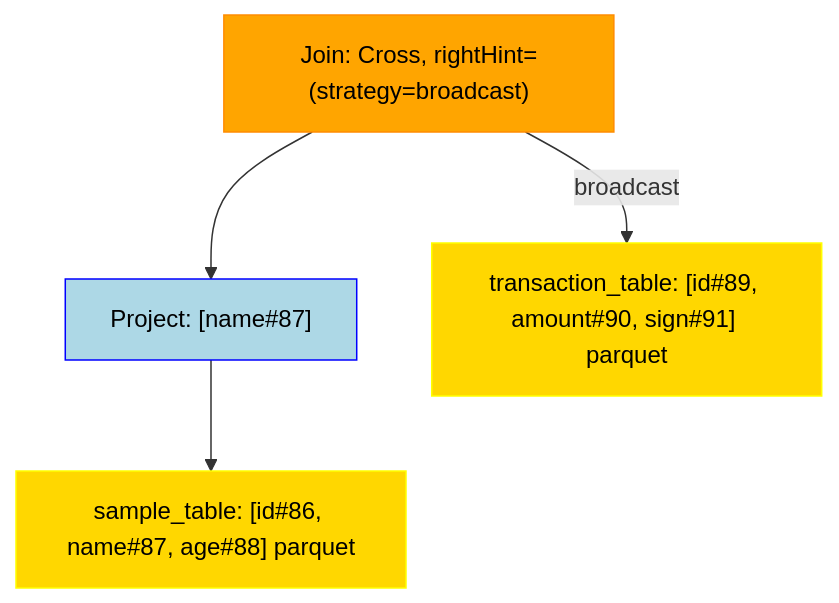
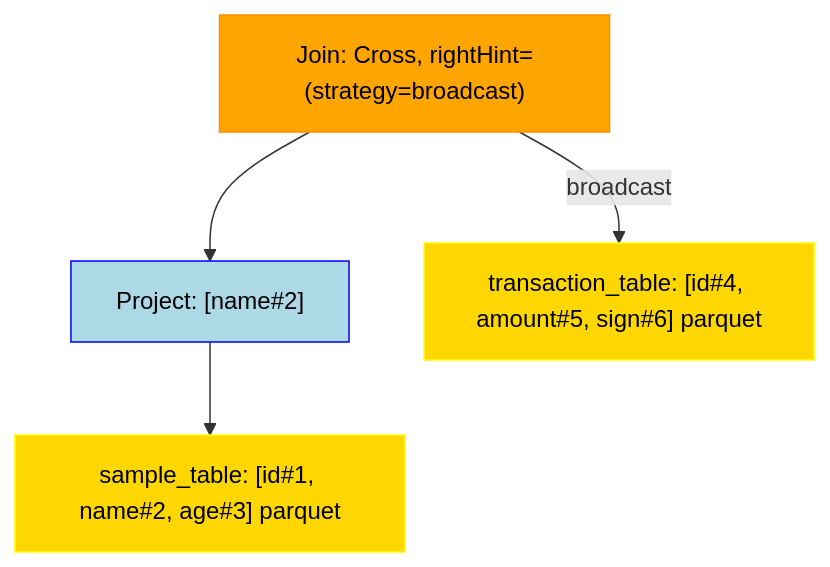
Before and after one commit to NielkNetraam/explainalyzed: the diagram in data/visualization/join_cross_broadcast.mmd, drawn with Mermaid. The commit also changed 63 other files, not shown here.

```diff
--- a/data/visualization/join_cross_broadcast.mmd
+++ b/data/visualization/join_cross_broadcast.mmd
@@ -1,17 +1,17 @@
 flowchart TD
     classDef PROJECT stroke:Blue,fill:LightBlue,color:black
     classDef FILTER stroke:Green,fill:LightGreen,color:black
     classDef UNION stroke:Purple,fill:Violet,color:black
     classDef JOIN stroke:DarkOrange,fill:Orange,color:black
     classDef RELATION stroke:Yellow,fill:Gold,color:black
     classDef AGGREGATE stroke:Brown,fill:Chocolate,color:black
     classDef WINDOW stroke:Aqua,fill:Cyan,color:black
 
     Join#00001["Join: Cross, rightHint=(strategy=broadcast)"]:::JOIN
-    Project#00002["Project: [name#87]"]:::PROJECT
-    Relation#00003["sample_table: [id#86, name#87, age#88] parquet"]:::RELATION
-    Relation#00004["transaction_table: [id#89, amount#90, sign#91] parquet"]:::RELATION
+    Project#00002["Project: [name#2]"]:::PROJECT
+    Relation#00003["sample_table: [id#1, name#2, age#3] parquet"]:::RELATION
+    Relation#00004["transaction_table: [id#4, amount#5, sign#6] parquet"]:::RELATION
 
     Join#00001 --> Project#00002
         Project#00002 --> Relation#00003
     Join#00001 -- broadcast -->  Relation#00004
```
